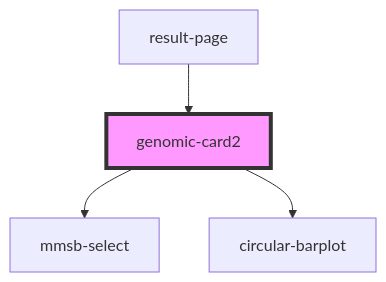
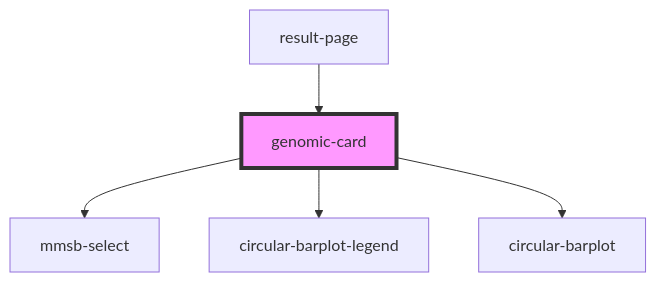
One commit to MMSB-MOBI/result_page_crispr changed the diagram in src/components/genomic-card/readme.md. Above: the diagram before and after it, drawn with Mermaid. The commit also changed other lines of this file and 7 other files, not shown here.

````diff
--- a/src/components/genomic-card/readme.md
+++ b/src/components/genomic-card/readme.md
@@ -49,7 +51,8 @@
 ```mermaid
 graph TD;
-  genomic-card2 --> mmsb-select
-  genomic-card2 --> circular-barplot
-  result-page --> genomic-card2
-  style genomic-card2 fill:#f9f,stroke:#333,stroke-width:4px
+  genomic-card --> mmsb-select
+  genomic-card --> circular-barplot-legend
+  genomic-card --> circular-barplot
+  result-page --> genomic-card
+  style genomic-card fill:#f9f,stroke:#333,stroke-width:4px
 ```
````
